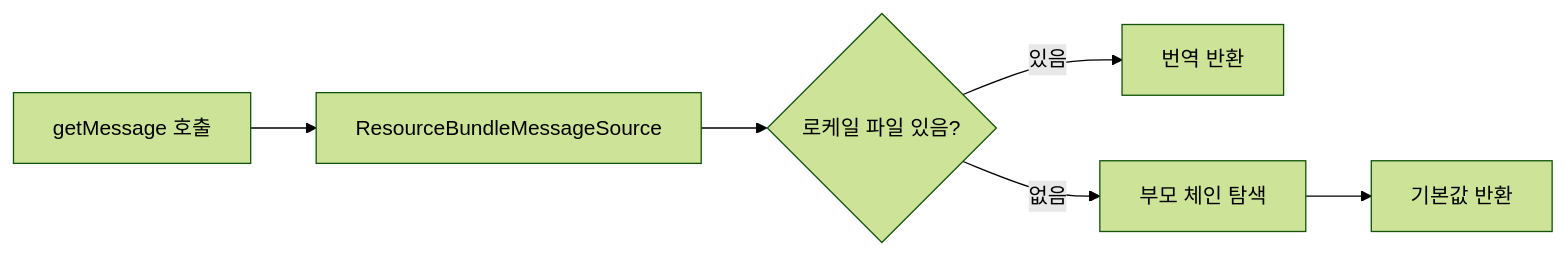
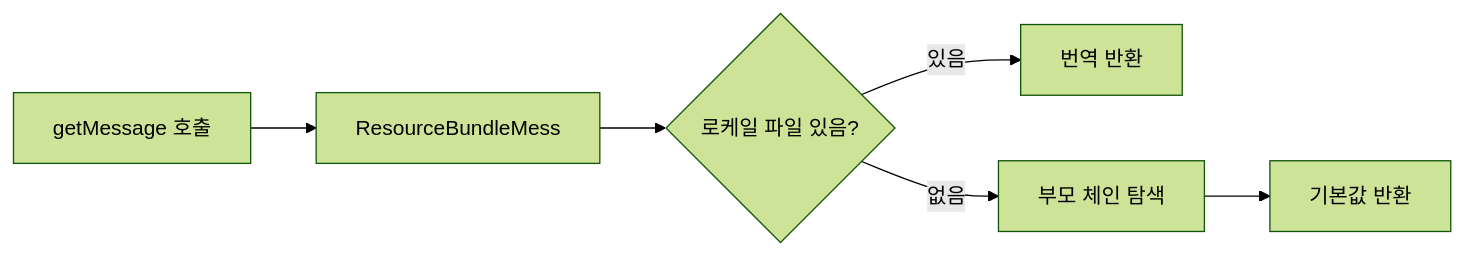
Before and after one commit to yjkim2015/yjkim2015.github.io: the fifth of 7 diagrams in _posts/spring/2026-05-02-spring-core-advanced.md, drawn with Mermaid (forest theme). The commit also changed other lines of this file and 245 other files, not shown here.

First line of the commit message:
Mermaid 다이어그램 전면 수정 + 면접 포인트 접기/펼치기 + DB 데드락 페이지

````diff
--- a/_posts/spring/2026-05-02-spring-core-advanced.md
+++ b/_posts/spring/2026-05-02-spring-core-advanced.md
@@ -872,8 +872,8 @@
 ```mermaid
 graph LR
-    A["getMessage 호출"] --> B["ResourceBundleMessageSource"]
+    A["getMessage 호출"] --> B["ResourceBundleMess"]
     B --> C{"로케일 파일 있음?"}
     C -->|"있음"| D["번역 반환"]
     C -->|"없음"| E["부모 체인 탐색"]
     E --> F["기본값 반환"]
 ```
````
